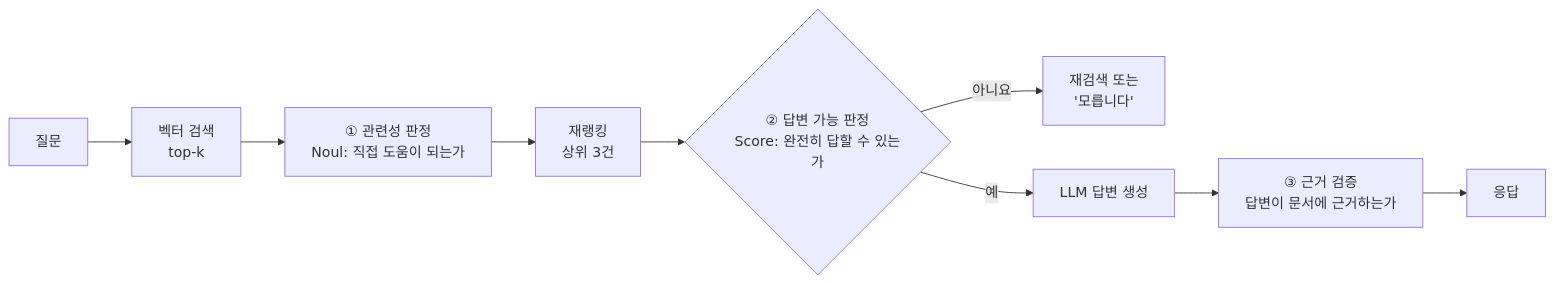
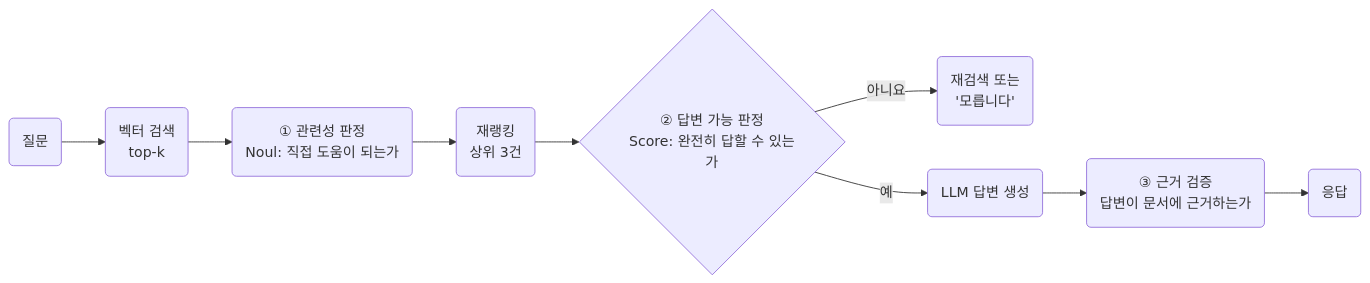
One commit to seujung/ai-research changed the fourth of 5 diagrams in docs/trends/posts/2026-10-18-jev-patterns.md. Above: the diagram before and after it, drawn with Mermaid. The commit also changed other lines of this file and 176 other files, not shown here.

````diff
--- a/docs/trends/posts/2026-10-18-jev-patterns.md
+++ b/docs/trends/posts/2026-10-18-jev-patterns.md
@@ -203,11 +205,11 @@
 ```mermaid
 flowchart LR
-    Q["질문"] --> V["벡터 검색<br/>top-k"]
-    V --> R1["① 관련성 판정<br/>Noul: 직접 도움이 되는가"]
-    R1 --> RR["재랭킹<br/>상위 3건"]
+    Q("질문") --> V("벡터 검색<br/>top-k")
+    V --> R1("① 관련성 판정<br/>Noul: 직접 도움이 되는가")
+    R1 --> RR("재랭킹<br/>상위 3건")
     RR --> R2{"② 답변 가능 판정<br/>Score: 완전히 답할 수 있는가"}
-    R2 -- "아니요" --> NO["재검색 또는<br/>'모릅니다'"]
-    R2 -- "예" --> L["LLM 답변 생성"]
-    L --> R3["③ 근거 검증<br/>답변이 문서에 근거하는가"]
-    R3 --> OUT["응답"]
+    R2 -- "아니요" --> NO("재검색 또는<br/>'모릅니다'")
+    R2 -- "예" --> L("LLM 답변 생성")
+    L --> R3("③ 근거 검증<br/>답변이 문서에 근거하는가")
+    R3 --> OUT("응답")
 ```
````
